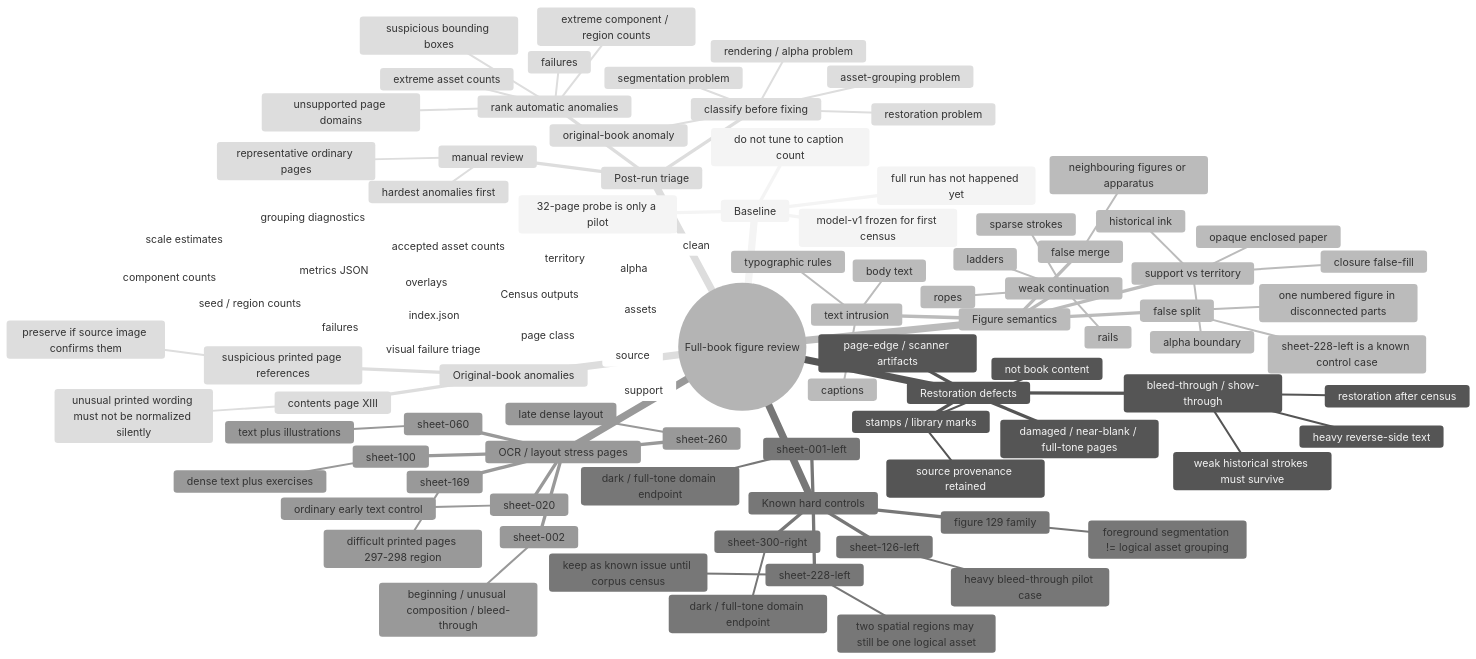
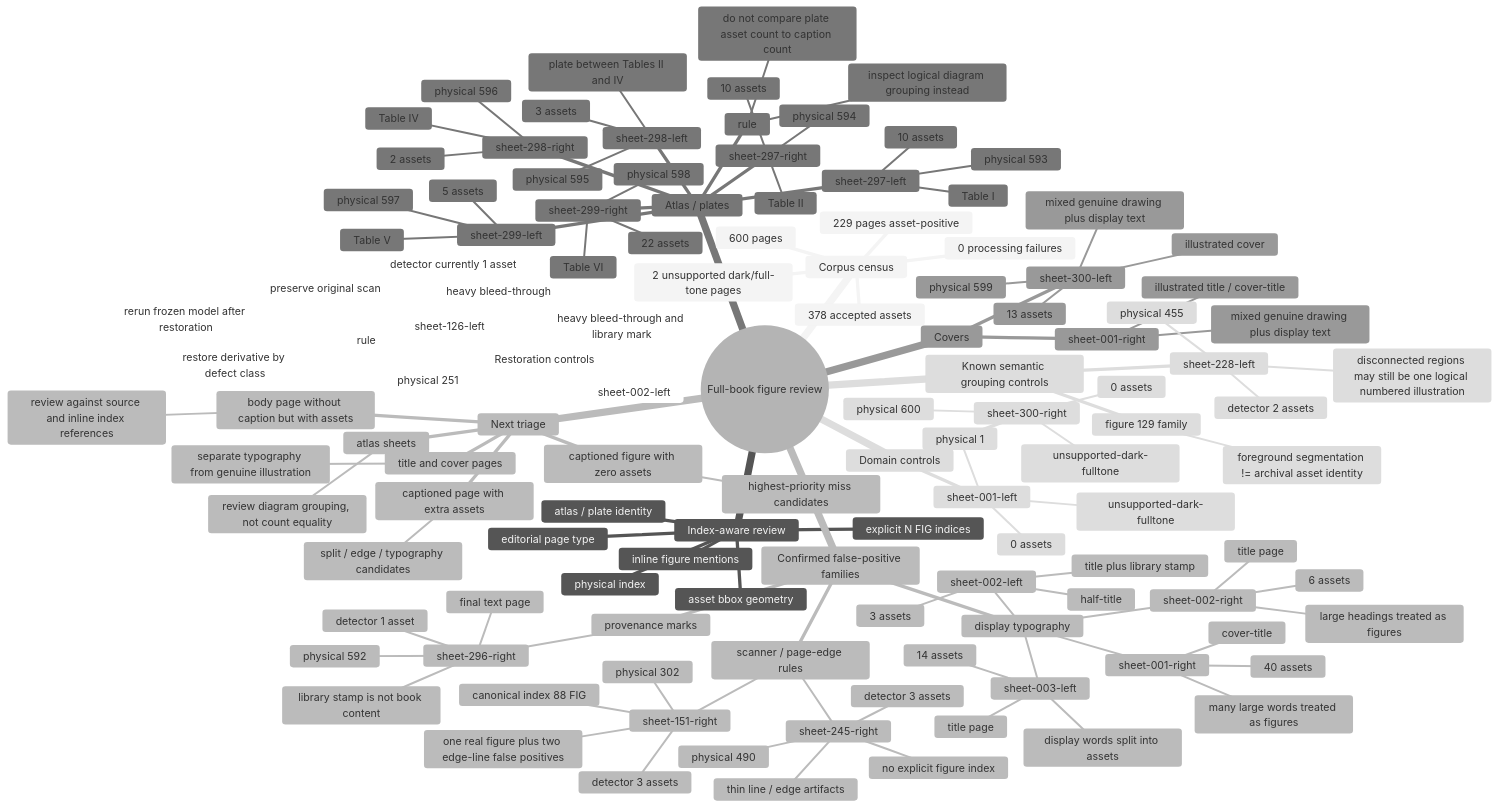
Before and after one commit to quendoris/corpus-motuum: the diagram in docs/FIGURE_FULL_BOOK_REVIEW_MAP_v0.md, drawn with Mermaid (neutral theme). The commit also changed other lines of this file, not shown here.

Commit message:
Record first full-book figure census findings

````diff
--- a/docs/FIGURE_FULL_BOOK_REVIEW_MAP_v0.md
+++ b/docs/FIGURE_FULL_BOOK_REVIEW_MAP_v0.md
@@ -55,103 +102,127 @@
 ```mermaid
 mindmap
   root((Full-book figure review))
-    Baseline
-      model-v1 frozen for first census
-      32-page probe is only a pilot
-      full run has not happened yet
-      do not tune to caption count
-    Restoration defects
-      bleed-through / show-through
-        heavy reverse-side text
-        weak historical strokes must survive
-        restoration after census
-      stamps / library marks
-        source provenance retained
-        not book content
-      page-edge / scanner artifacts
-      damaged / near-blank / full-tone pages
-    Figure semantics
-      false split
-        one numbered figure in disconnected parts
-        sheet-228-left is a known control case
-      false merge
-        neighbouring figures or apparatus
-      weak continuation
-        ropes
-        rails
-        ladders
-        sparse strokes
-      text intrusion
-        captions
-        body text
-        typographic rules
-      support vs territory
-        historical ink
-        opaque enclosed paper
-        closure false-fill
-        alpha boundary
-    Known hard controls
+    Corpus census
+      600 pages
+      0 processing failures
+      378 accepted assets
+      229 pages asset-positive
+      2 unsupported dark/full-tone pages
+    Index-aware review
+      physical index
+      editorial page type
+      explicit N FIG indices
+      inline figure mentions
+      atlas / plate identity
+      asset bbox geometry
+    Confirmed false-positive families
+      display typography
+        sheet-001-right
+          40 assets
+          cover-title
+          many large words treated as figures
+        sheet-002-left
+          3 assets
+          half-title
+          title plus library stamp
+        sheet-002-right
+          6 assets
+          title page
+          large headings treated as figures
+        sheet-003-left
+          14 assets
+          title page
+          display words split into assets
+      scanner / page-edge rules
+        sheet-151-right
+          physical 302
+          canonical index 88 FIG
+          detector 3 assets
+          one real figure plus two edge-line false positives
+        sheet-245-right
+          physical 490
+          no explicit figure index
+          detector 3 assets
+          thin line / edge artifacts
+      provenance marks
+        sheet-296-right
+          physical 592
+          final text page
+          detector 1 asset
+          library stamp is not book content
+    Atlas / plates
+      sheet-297-left
+        physical 593
+        Table I
+        10 assets
+      sheet-297-right
+        physical 594
+        Table II
+        10 assets
+      sheet-298-left
+        physical 595
+        plate between Tables II and IV
+        3 assets
+      sheet-298-right
+        physical 596
+        Table IV
+        2 assets
+      sheet-299-left
+        physical 597
+        Table V
+        5 assets
+      sheet-299-right
+        physical 598
+        Table VI
+        22 assets
+      rule
+        do not compare plate asset count to caption count
+        inspect logical diagram grouping instead
+    Covers
+      sheet-300-left
+        physical 599
+        illustrated cover
+        13 assets
+        mixed genuine drawing plus display text
+      sheet-001-right
+        illustrated title / cover-title
+        mixed genuine drawing plus display text
+    Known semantic grouping controls
       sheet-228-left
-        two spatial regions may still be one logical asset
-        keep as known issue until corpus census
+        physical 455
+        detector 2 assets
+        disconnected regions may still be one logical numbered illustration
+      figure 129 family
+        foreground segmentation != archival asset identity
+    Restoration controls
       sheet-126-left
-        heavy bleed-through pilot case
+        physical 251
+        heavy bleed-through
+        detector currently 1 asset
+      sheet-002-left
+        heavy bleed-through and library mark
+      rule
+        preserve original scan
+        restore derivative by defect class
+        rerun frozen model after restoration
+    Domain controls
       sheet-001-left
-        dark / full-tone domain endpoint
+        physical 1
+        unsupported-dark-fulltone
+        0 assets
       sheet-300-right
-        dark / full-tone domain endpoint
-      figure 129 family
-        foreground segmentation != logical asset grouping
-    OCR / layout stress pages
-      sheet-002
-        beginning / unusual composition / bleed-through
-      sheet-020
-        ordinary early text control
-      sheet-060
-        text plus illustrations
-      sheet-100
-        dense text plus exercises
-      sheet-169
-        difficult printed pages 297-298 region
-      sheet-260
-        late dense layout
-    Original-book anomalies
-      contents page XIII
-        unusual printed wording must not be normalized silently
-      suspicious printed page references
-        preserve if source image confirms them
-    Census outputs
-      index.json
-        page class
-        failures
-        accepted asset counts
-      metrics JSON
-        component counts
-        seed / region counts
-        scale estimates
-        grouping diagnostics
-      overlays
-        visual failure triage
-      assets
-        support
-        territory
-        alpha
-        source
-        clean
-    Post-run triage
-      rank automatic anomalies
-        failures
-        unsupported page domains
-        extreme asset counts
-        extreme component / region counts
-        suspicious bounding boxes
-      manual review
-        hardest anomalies first
-        representative ordinary pages
-      classify before fixing
-        restoration problem
-        segmentation problem
-        asset-grouping problem
-        rendering / alpha problem
-        original-book anomaly
+        physical 600
+        unsupported-dark-fulltone
+        0 assets
+    Next triage
+      captioned figure with zero assets
+        highest-priority miss candidates
+      captioned page with extra assets
+        split / edge / typography candidates
+      body page without caption but with assets
+        review against source and inline index references
+      atlas sheets
+        review diagram grouping, not count equality
+      title and cover pages
+        separate typography from genuine illustration
 ```
````
